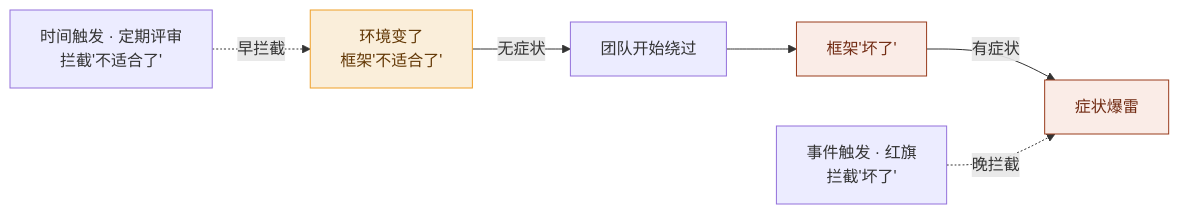
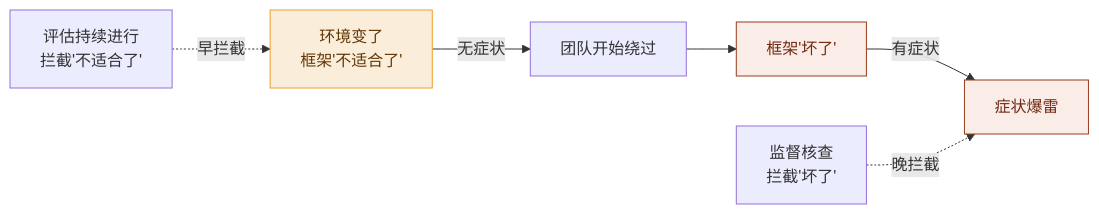
Diagram 11 of 14 in 50-research/08-治理概念精讲-从词源到翻译史.md (Yongjunzhou/AOS-system-design), drawn with Mermaid before and after one commit. The commit also changed other lines of this file and 65 other files, not shown here.

````diff
--- a/50-research/08-治理概念精讲-从词源到翻译史.md
+++ b/50-research/08-治理概念精讲-从词源到翻译史.md
@@ -541,12 +497,12 @@
 ```mermaid
 flowchart LR
     A["环境变了<br/>框架'不适合了'"] -->|"无症状"| B["团队开始绕过"]
     B --> C["框架'坏了'"]
     C -->|"有症状"| D["症状爆雷"]
-    T1["时间触发 · 定期评审<br/>拦截'不适合了'"] -.->|"早拦截"| A
-    T2["事件触发 · 红旗<br/>拦截'坏了'"] -.->|"晚拦截"| D
+    T1["评估持续进行<br/>拦截'不适合了'"] -.->|"早拦截"| A
+    T2["监督核查<br/>拦截'坏了'"] -.->|"晚拦截"| D
 
     style A fill:#FAEEDA,stroke:#EF9F27,color:#633806
     style C fill:#FAECE7,stroke:#993C1D,color:#712B13
     style D fill:#FAECE7,stroke:#993C1D,color:#712B13
 ```
````
